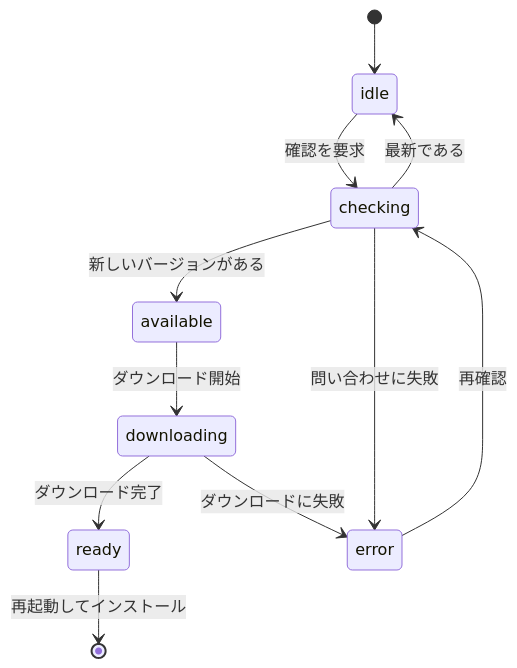
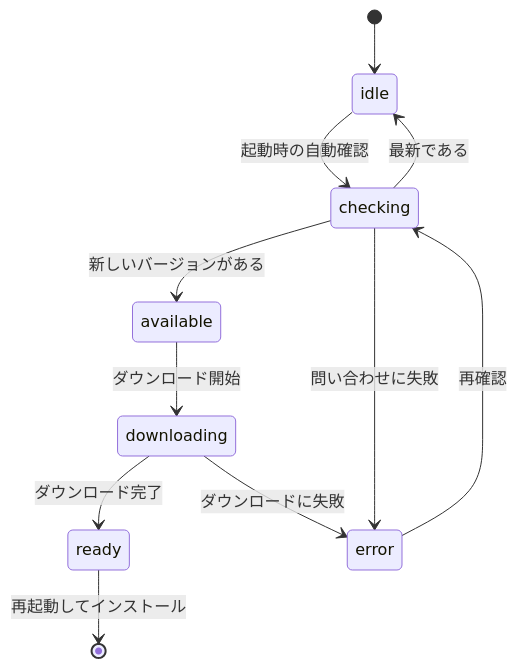
Before and after one commit to neko3cs/FP-Studio: the second of 4 diagrams in docs/specification.md, drawn with Mermaid. The commit also changed other lines of this file and 1 other file, not shown here.

````diff
--- a/docs/specification.md
+++ b/docs/specification.md
@@ -308,13 +314,13 @@
 ```mermaid
 stateDiagram-v2
     [*] --> idle
-    idle --> checking: 確認を要求
+    idle --> checking: 起動時の自動確認
     checking --> available: 新しいバージョンがある
     checking --> idle: 最新である
     checking --> error: 問い合わせに失敗
     available --> downloading: ダウンロード開始
     downloading --> ready: ダウンロード完了
     downloading --> error: ダウンロードに失敗
     ready --> [*]: 再起動してインストール
     error --> checking: 再確認
 ```
````
